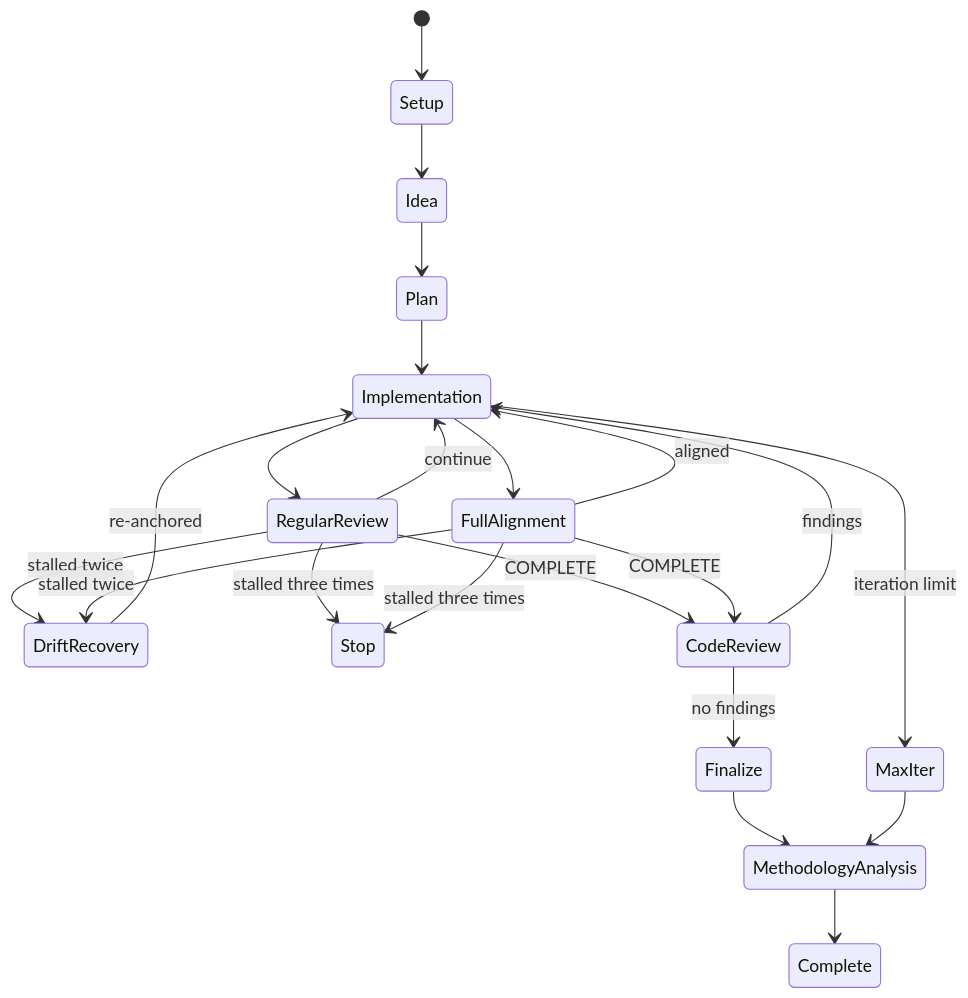
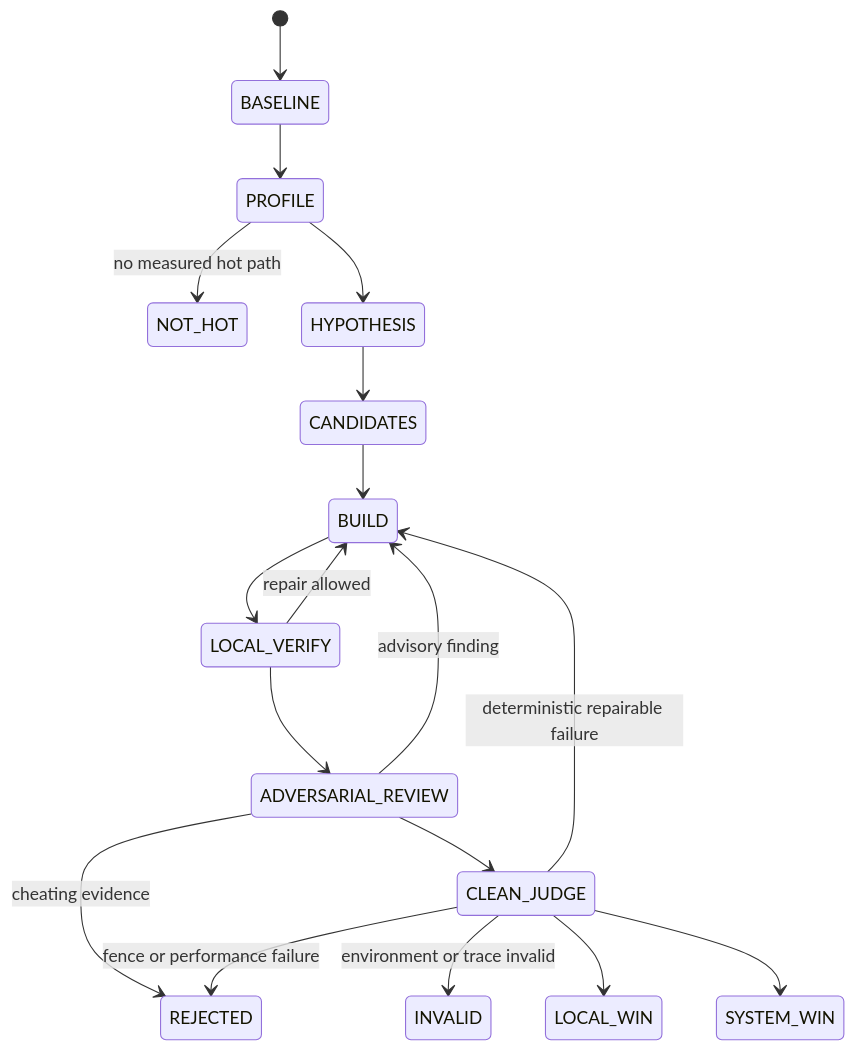
Before and after one commit to yisun219/LDA-HM-AS: the second of 2 diagrams in docs/FLOW.md, drawn with Mermaid. The commit also changed other lines of this file and 119 other files, not shown here.

Commit message:
implement pure humanize LDA E2B flow

````diff
--- a/docs/FLOW.md
+++ b/docs/FLOW.md
@@ -64,24 +29,20 @@
 ```mermaid
 stateDiagram-v2
-  [*] --> Setup
-  Setup --> Idea
-  Idea --> Plan
-  Plan --> Implementation
-  Implementation --> RegularReview
-  Implementation --> FullAlignment
-  RegularReview --> Implementation: continue
-  FullAlignment --> Implementation: aligned
-  RegularReview --> DriftRecovery: stalled twice
-  FullAlignment --> DriftRecovery: stalled twice
-  DriftRecovery --> Implementation: re-anchored
-  RegularReview --> Stop: stalled three times
-  FullAlignment --> Stop: stalled three times
-  RegularReview --> CodeReview: COMPLETE
-  FullAlignment --> CodeReview: COMPLETE
-  CodeReview --> Implementation: findings
-  CodeReview --> Finalize: no findings
-  Finalize --> MethodologyAnalysis
-  MethodologyAnalysis --> Complete
-  Implementation --> MaxIter: iteration limit
-  MaxIter --> MethodologyAnalysis
+  [*] --> BASELINE
+  BASELINE --> PROFILE
+  PROFILE --> NOT_HOT: no measured hot path
+  PROFILE --> HYPOTHESIS
+  HYPOTHESIS --> CANDIDATES
+  CANDIDATES --> BUILD
+  BUILD --> LOCAL_VERIFY
+  LOCAL_VERIFY --> BUILD: repair allowed
+  LOCAL_VERIFY --> ADVERSARIAL_REVIEW
+  ADVERSARIAL_REVIEW --> BUILD: advisory finding
+  ADVERSARIAL_REVIEW --> REJECTED: cheating evidence
+  ADVERSARIAL_REVIEW --> CLEAN_JUDGE
+  CLEAN_JUDGE --> BUILD: deterministic repairable failure
+  CLEAN_JUDGE --> INVALID: environment or trace invalid
+  CLEAN_JUDGE --> REJECTED: fence or performance failure
+  CLEAN_JUDGE --> LOCAL_WIN
+  CLEAN_JUDGE --> SYSTEM_WIN
 ```
````
